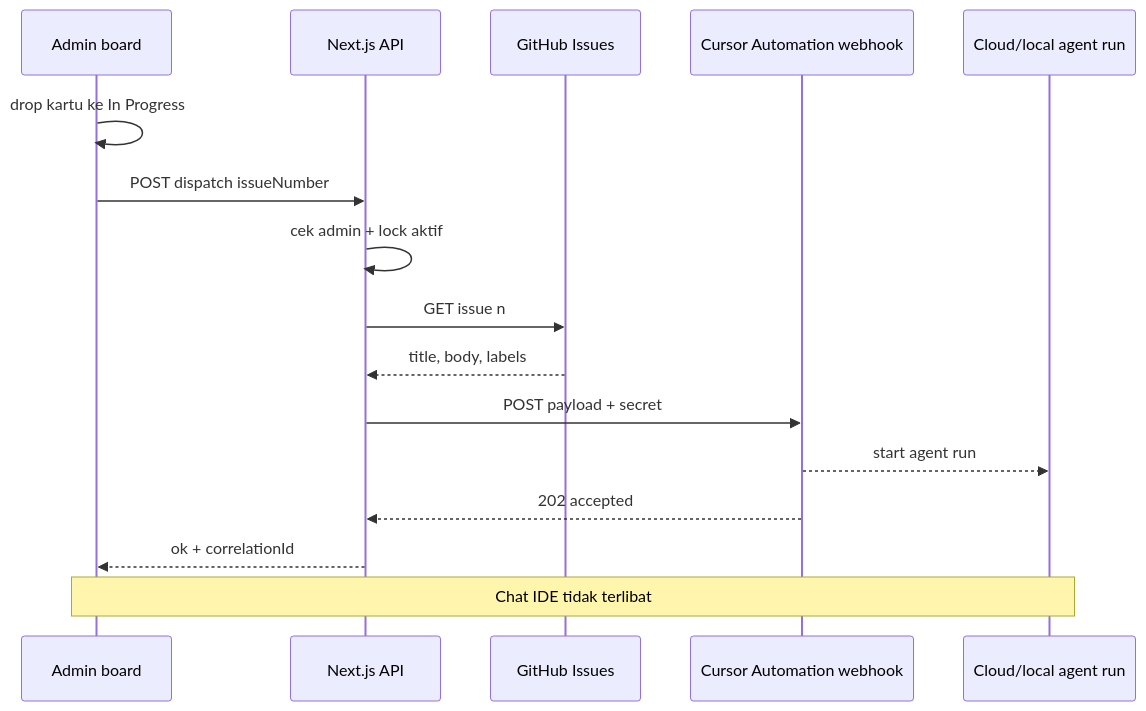
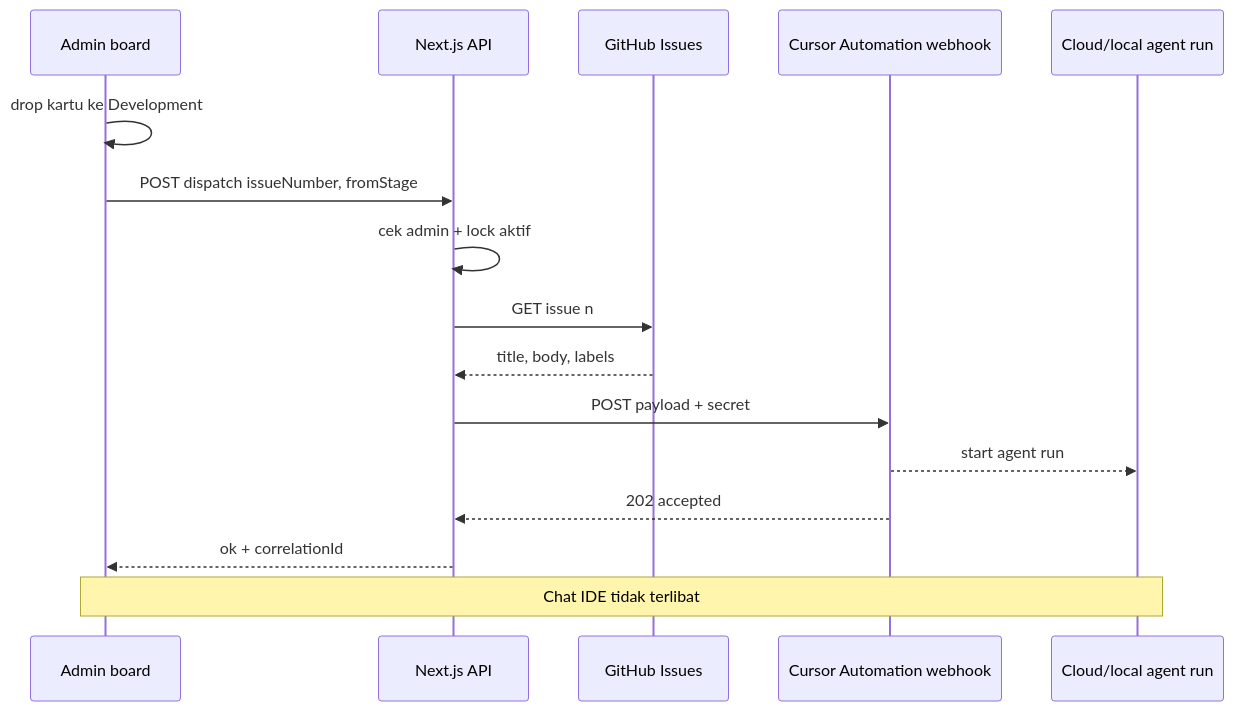
Before and after one commit to ariprasetyoskom/meeting-room-cursor: the diagram in Docs/PRD-Kanban-Agent-Dispatch.md, drawn with Mermaid. The commit also changed other lines of this file and 21 other files, not shown here.

````diff
--- a/Docs/PRD-Kanban-Agent-Dispatch.md
+++ b/Docs/PRD-Kanban-Agent-Dispatch.md
@@ -116,19 +121,19 @@
 ```mermaid
 sequenceDiagram
   participant UI as Admin board
   participant API as Next.js API
   participant GH as GitHub Issues
   participant WH as Cursor Automation webhook
   participant AG as Cloud/local agent run
 
-  UI->>UI: drop kartu ke In Progress
-  UI->>API: POST dispatch issueNumber
+  UI->>UI: drop kartu ke Development
+  UI->>API: POST dispatch issueNumber, fromStage
   API->>API: cek admin + lock aktif
   API->>GH: GET issue n
   GH-->>API: title, body, labels
   API->>WH: POST payload + secret
   WH-->>AG: start agent run
   WH-->>API: 202 accepted
   API-->>UI: ok + correlationId
   Note over UI,AG: Chat IDE tidak terlibat
 ```
````
